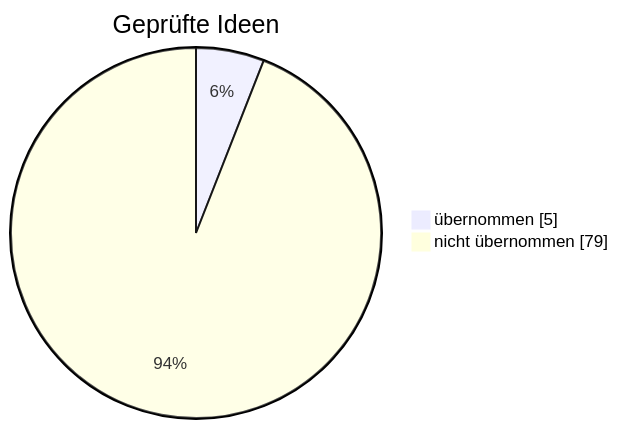
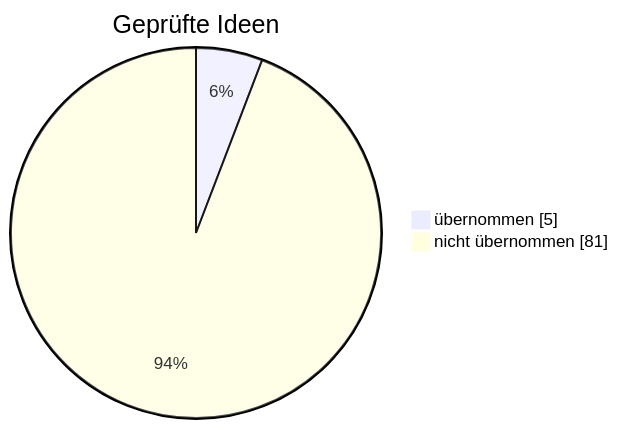
One commit to sickingmalte-arch/Test-Bot changed the diagram in gehirn/Notizen/Was der Bot schon weiß.md. Above: the diagram before and after it, drawn with Mermaid. The commit also changed other lines of this file and 10 other files, not shown here.

First line of the commit message:
Forschung 20.11.: MAX-Effekt – nicht übernommen (#77)

````diff
--- a/gehirn/Notizen/Was der Bot schon weiß.md
+++ b/gehirn/Notizen/Was der Bot schon weiß.md
@@ -22,6 +22,6 @@
 ```mermaid
 pie showData
     title Geprüfte Ideen
     "übernommen" : 5
-    "nicht übernommen" : 79
+    "nicht übernommen" : 81
 ```
````
